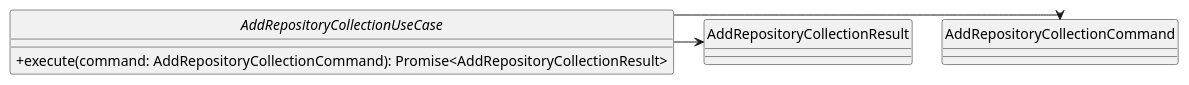
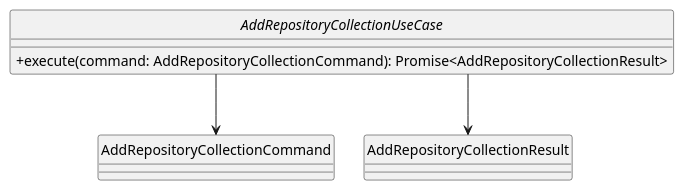
One commit to SkarabGroup/DocumentazioneProgetto changed the diagram in assets/st_diagrams/code/plantuml/analysis/application/useCases/addRepositoryCollection.uc.plantuml. Above: the diagram before and after it, drawn with PlantUML. The commit also changed 45 other files, not shown here.

```diff
--- a/assets/st_diagrams/code/plantuml/analysis/application/useCases/addRepositoryCollection.uc.plantuml
+++ b/assets/st_diagrams/code/plantuml/analysis/application/useCases/addRepositoryCollection.uc.plantuml
@@ -1,15 +1,15 @@
 @startuml AddRepositoryCollectionUseCase
 skinparam componentStyle uml2.5
 skinparam linetype ortho
 skinparam nodesep 30
 skinparam ranksep 30
 skinparam ClassAttributeIconSize 0
 hide circles
 
 interface AddRepositoryCollectionUseCase {
     + execute(command: AddRepositoryCollectionCommand): Promise<AddRepositoryCollectionResult>
 }
 
-AddRepositoryCollectionUseCase --right-> AddRepositoryCollectionCommand
-AddRepositoryCollectionUseCase --right-> AddRepositoryCollectionResult
+AddRepositoryCollectionUseCase --down-> AddRepositoryCollectionCommand
+AddRepositoryCollectionUseCase --down-> AddRepositoryCollectionResult
 @enduml
```
